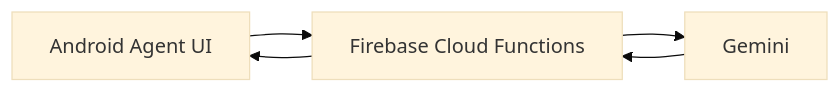
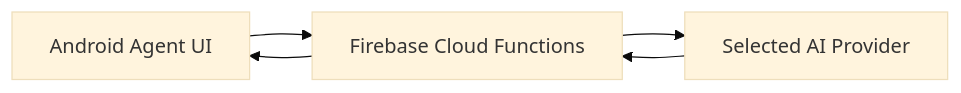
The first of 2 diagrams in README.md (b6star/RAGent), drawn with Mermaid (base theme) before and after one commit. The commit also changed other lines of this file and 6 other files, not shown here.

````diff
--- a/README.md
+++ b/README.md
@@ -23,7 +27,7 @@
 ```mermaid
 flowchart LR
     A["Android Agent UI"] --> B["Firebase Cloud Functions"]
-    B --> C["Gemini"]
+    B --> C["Selected AI Provider"]
     C --> B
     B --> A
 ```
````
